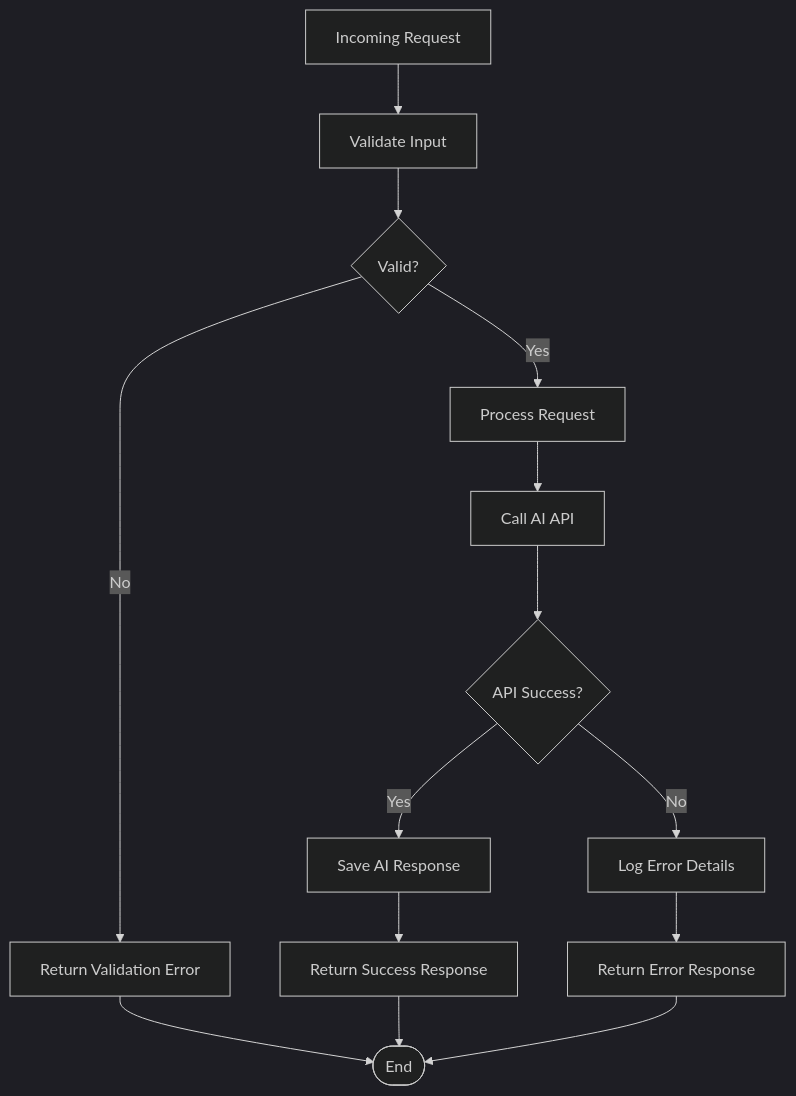
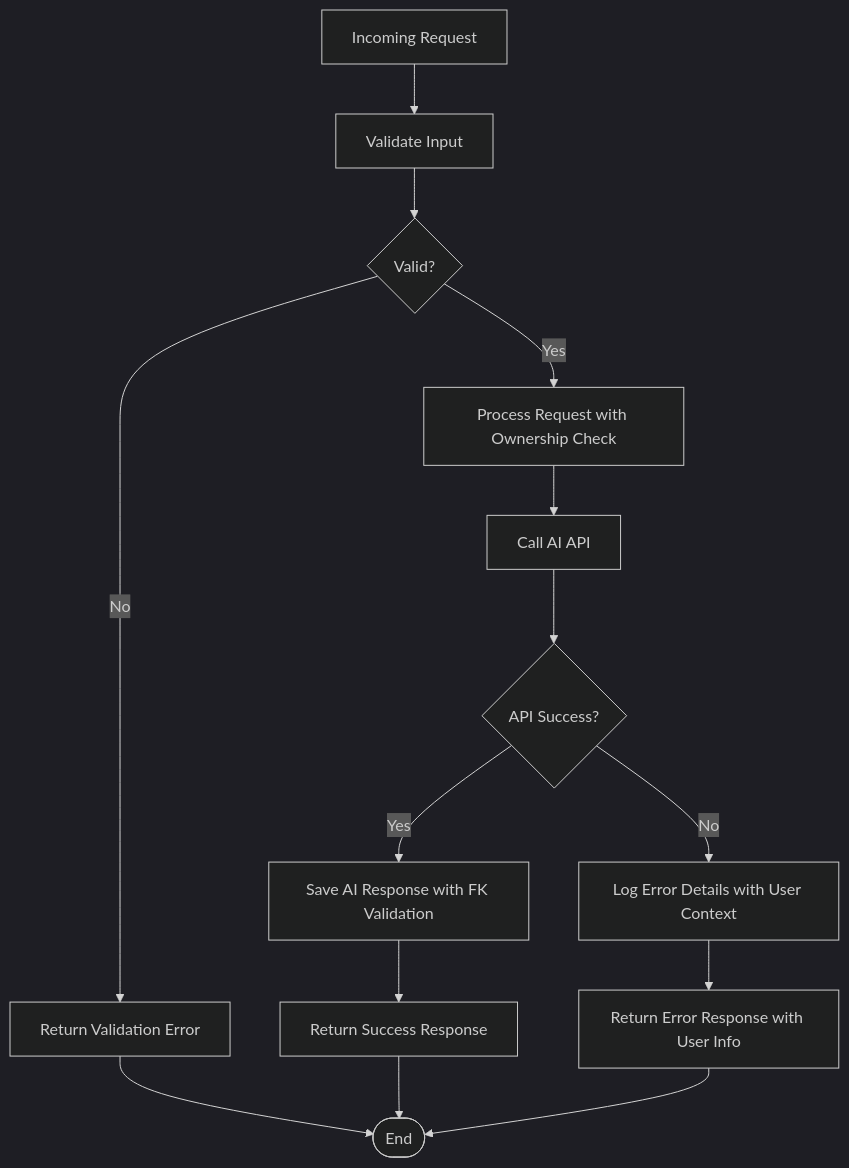
Before and after one commit to siimliimand/laravel-assistant: the eighth of 8 diagrams in .qoder/repowiki/en/content/Database and Data Management/Conversation Persistence System.md, drawn with Mermaid (dark theme). The commit also changed other lines of this file and 5 other files, not shown here.

First line of the commit message:
feat(auth): integrate comprehensive user authentication and ownership validation

````diff
--- a/.qoder/repowiki/en/content/Database and Data Management/Conversation Persistence System.md
+++ b/.qoder/repowiki/en/content/Database and Data Management/Conversation Persistence System.md
@@ -373,16 +467,16 @@
 ```mermaid
 flowchart TD
 Request[Incoming Request] --> Validate[Validate Input]
 Validate --> Valid{Valid?}
 Valid --> |No| ReturnValidationError[Return Validation Error]
-Valid --> |Yes| ProcessRequest[Process Request]
+Valid --> |Yes| ProcessRequest[Process Request with Ownership Check]
 ProcessRequest --> APICall[Call AI API]
 APICall --> APISuccess{API Success?}
-APISuccess --> |Yes| SaveResponse[Save AI Response]
-APISuccess --> |No| LogError[Log Error Details]
+APISuccess --> |Yes| SaveResponse[Save AI Response with FK Validation]
+APISuccess --> |No| LogError[Log Error Details with User Context]
 SaveResponse --> ReturnSuccess[Return Success Response]
-LogError --> ReturnError[Return Error Response]
+LogError --> ReturnError[Return Error Response with User Info]
 ReturnValidationError --> End([End])
 ReturnSuccess --> End
 ReturnError --> End
 ```
````
